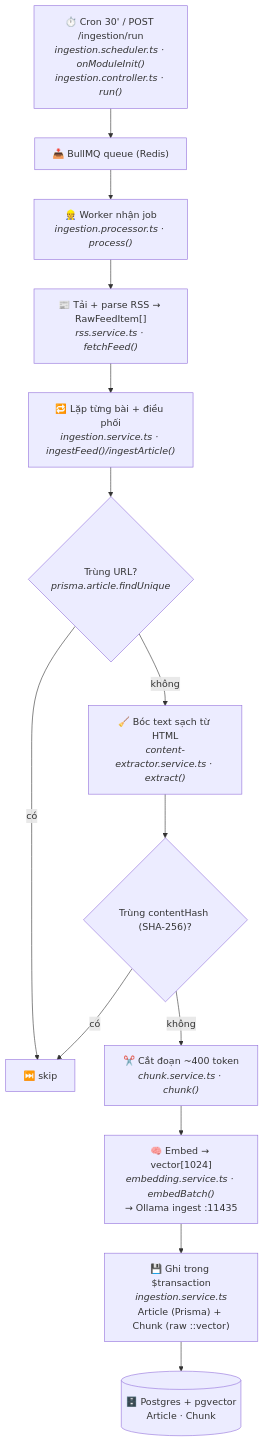
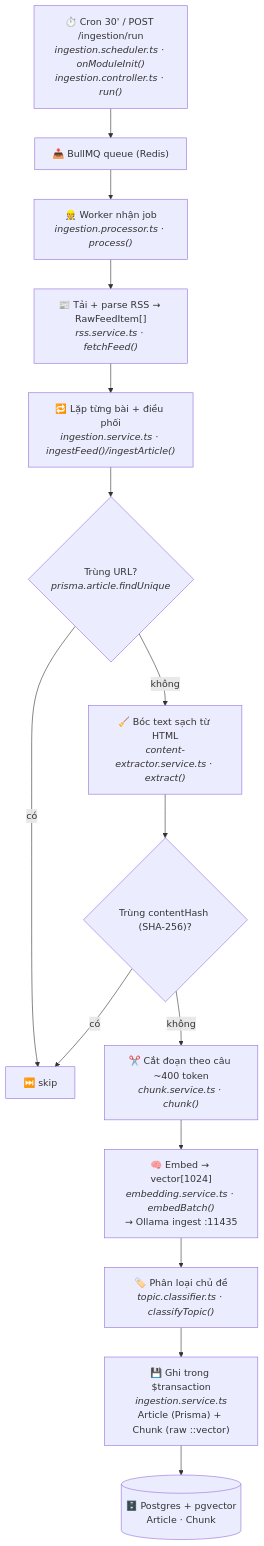
Before and after one commit to NguyenDinhNam28803/chat_QA: the second of 4 diagrams in README.md, drawn with Mermaid. The commit also changed other lines of this file and 36 other files, not shown here.

````diff
--- a/README.md
+++ b/README.md
@@ -112,17 +129,18 @@
 ```mermaid
 flowchart TD
     A["⏱️ Cron 30' / POST /ingestion/run<br/><i>ingestion.scheduler.ts · onModuleInit()</i><br/><i>ingestion.controller.ts · run()</i>"]
     A --> B["📥 BullMQ queue (Redis)"]
     B --> C["👷 Worker nhận job<br/><i>ingestion.processor.ts · process()</i>"]
     C --> D["📰 Tải + parse RSS → RawFeedItem[]<br/><i>rss.service.ts · fetchFeed()</i>"]
     D --> E["🔁 Lặp từng bài + điều phối<br/><i>ingestion.service.ts · ingestFeed()/ingestArticle()</i>"]
     E --> F{"Trùng URL?<br/><i>prisma.article.findUnique</i>"}
     F -- "có" --> X["⏭️ skip"]
     F -- "không" --> G["🧹 Bóc text sạch từ HTML<br/><i>content-extractor.service.ts · extract()</i>"]
     G --> H{"Trùng contentHash (SHA-256)?"}
     H -- "có" --> X
-    H -- "không" --> I["✂️ Cắt đoạn ~400 token<br/><i>chunk.service.ts · chunk()</i>"]
+    H -- "không" --> I["✂️ Cắt đoạn theo câu ~400 token<br/><i>chunk.service.ts · chunk()</i>"]
     I --> J["🧠 Embed → vector[1024]<br/><i>embedding.service.ts · embedBatch()</i><br/>→ Ollama ingest :11435"]
-    J --> K["💾 Ghi trong $transaction<br/><i>ingestion.service.ts</i><br/>Article (Prisma) + Chunk (raw ::vector)"]
+    J --> T["🏷️ Phân loại chủ đề<br/><i>topic.classifier.ts · classifyTopic()</i>"]
+    T --> K["💾 Ghi trong $transaction<br/><i>ingestion.service.ts</i><br/>Article (Prisma) + Chunk (raw ::vector)"]
     K --> DB[("🗄️ Postgres + pgvector<br/>Article · Chunk")]
 ```
````
